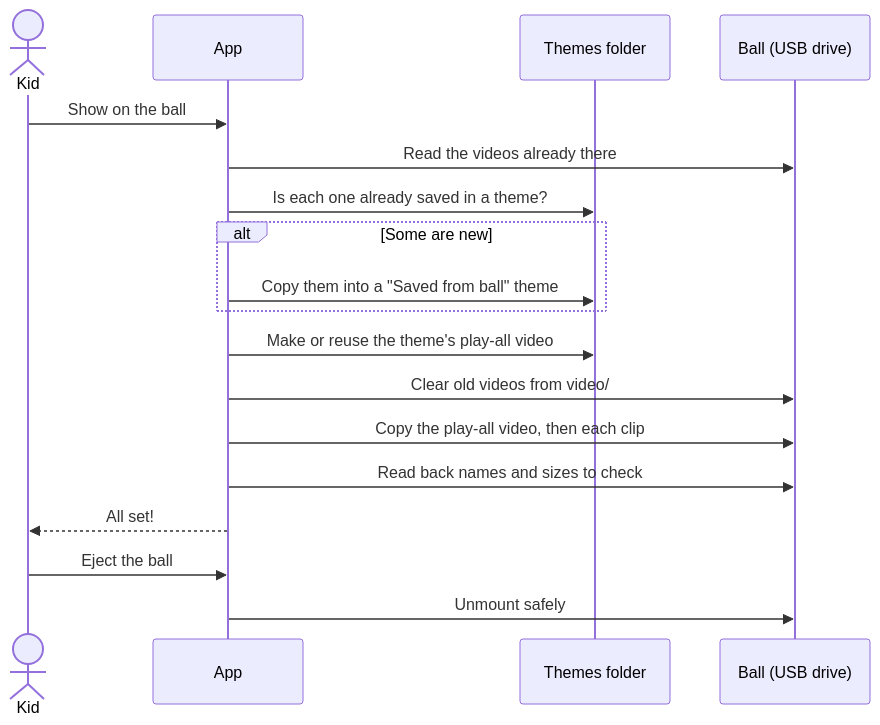
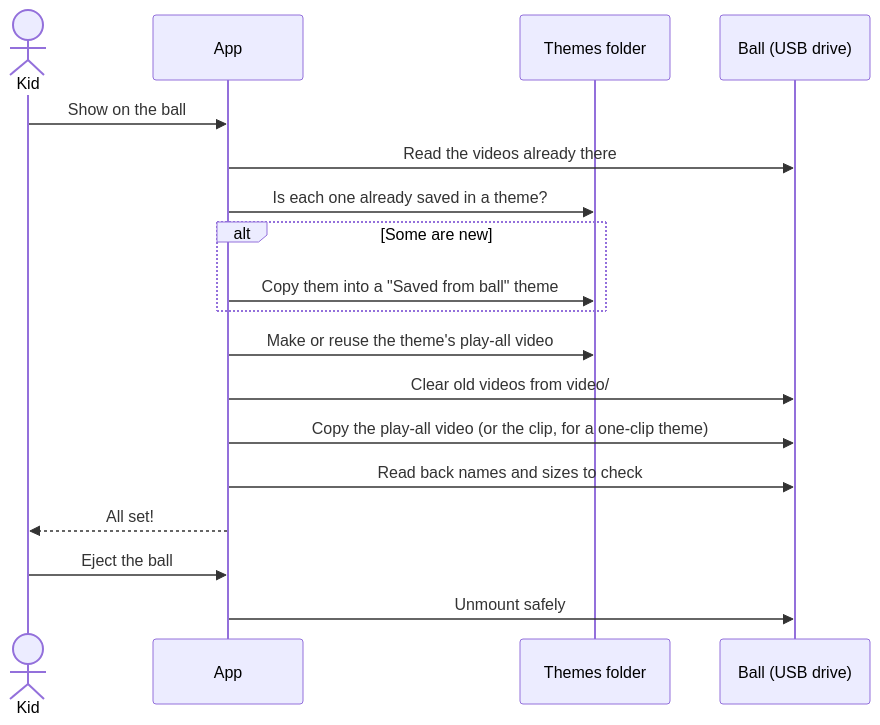
The third of 6 diagrams in docs/architecture.md (jpcaparas/crystal-ball-themes), drawn with Mermaid before and after one commit. The commit also changed other lines of this file and 8 other files, not shown here.

First line of the commit message:
Put only the play-all video on the ball

````diff
--- a/docs/architecture.md
+++ b/docs/architecture.md
@@ -83,20 +83,20 @@
 ```mermaid
 sequenceDiagram
     actor Kid
     participant App
     participant Mac as Themes folder
     participant Ball as Ball (USB drive)
     Kid->>App: Show on the ball
     App->>Ball: Read the videos already there
     App->>Mac: Is each one already saved in a theme?
     alt Some are new
         App->>Mac: Copy them into a "Saved from ball" theme
     end
     App->>Mac: Make or reuse the theme's play-all video
     App->>Ball: Clear old videos from video/
-    App->>Ball: Copy the play-all video, then each clip
+    App->>Ball: Copy the play-all video (or the clip, for a one-clip theme)
     App->>Ball: Read back names and sizes to check
     App-->>Kid: All set!
     Kid->>App: Eject the ball
     App->>Ball: Unmount safely
 ```
````
